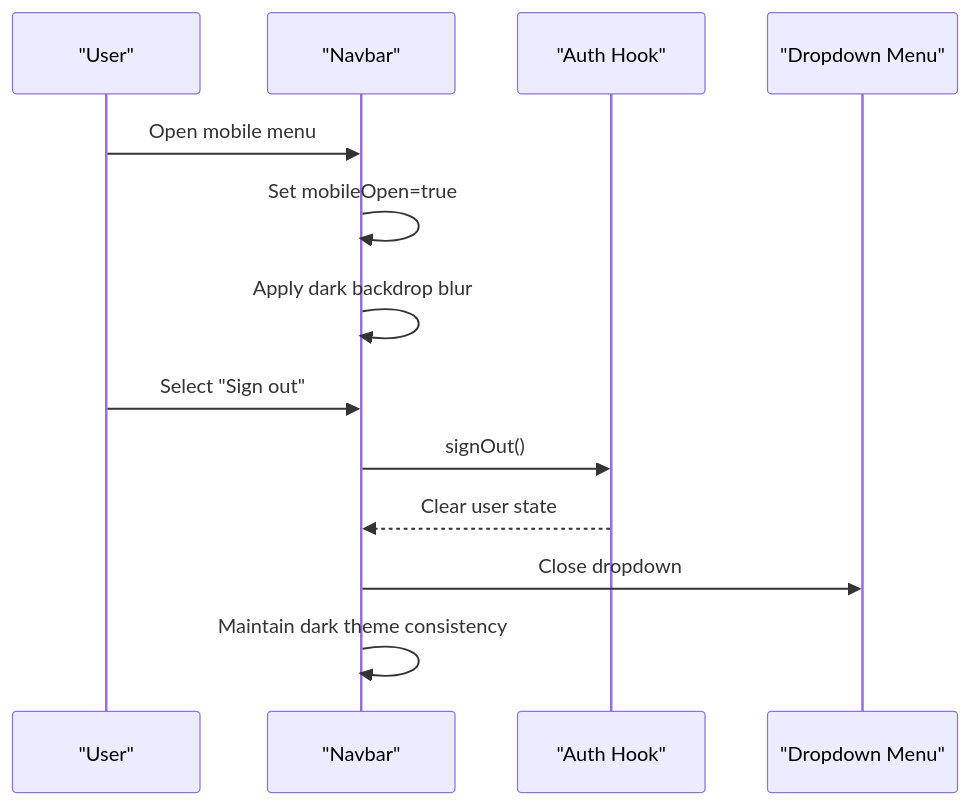
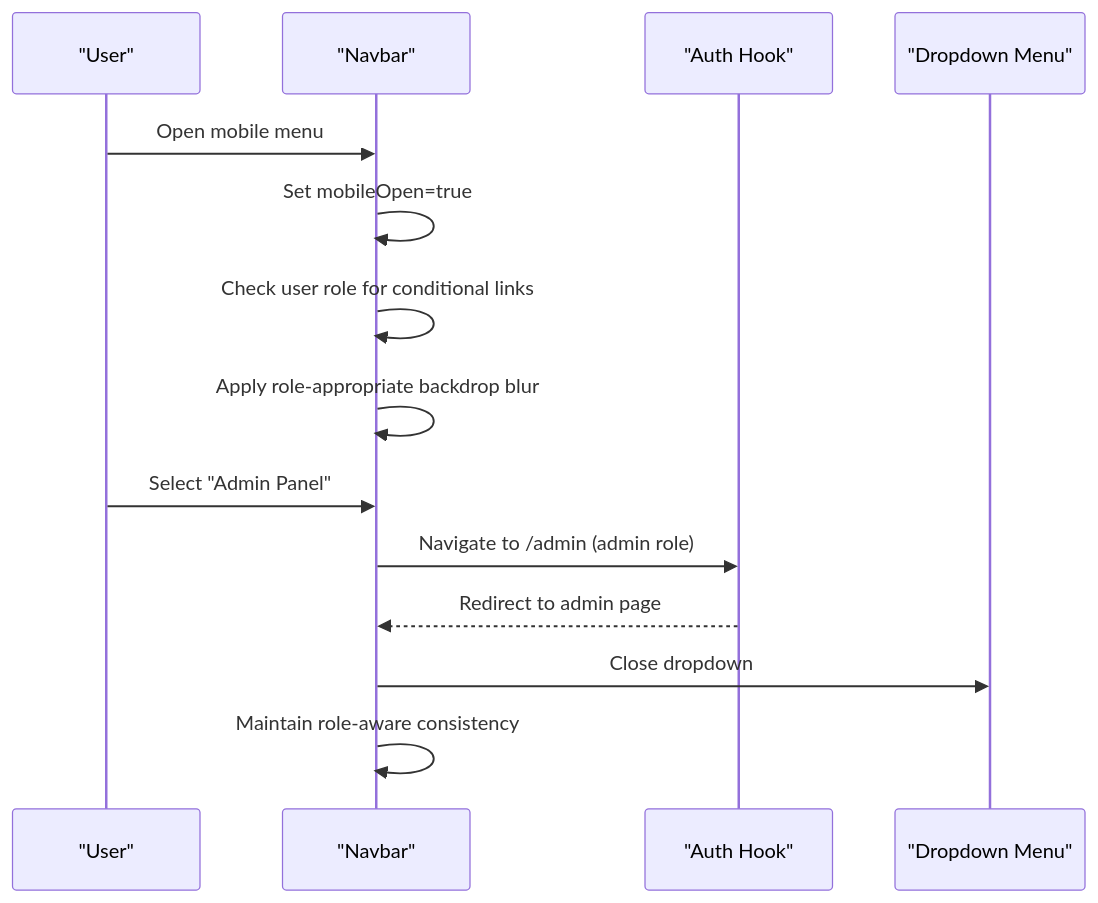
One commit to alikizang/datafrica changed the third of 8 diagrams in .qoder/repowiki/en/content/UI Components/Layout Components.md. Above: the diagram before and after it, drawn with Mermaid. The commit also changed other lines of this file and 21 other files, not shown here.

````diff
--- a/.qoder/repowiki/en/content/UI Components/Layout Components.md
+++ b/.qoder/repowiki/en/content/UI Components/Layout Components.md
@@ -173,15 +194,16 @@
 ```mermaid
 sequenceDiagram
 participant U as "User"
 participant NB as "Navbar"
 participant AU as "Auth Hook"
 participant DD as "Dropdown Menu"
 U->>NB : Open mobile menu
 NB->>NB : Set mobileOpen=true
-NB->>NB : Apply dark backdrop blur
-U->>NB : Select "Sign out"
-NB->>AU : signOut()
-AU-->>NB : Clear user state
+NB->>NB : Check user role for conditional links
+NB->>NB : Apply role-appropriate backdrop blur
+U->>NB : Select "Admin Panel"
+NB->>AU : Navigate to /admin (admin role)
+AU-->>NB : Redirect to admin page
 NB->>DD : Close dropdown
-NB->>NB : Maintain dark theme consistency
+NB->>NB : Maintain role-aware consistency
 ```
````
